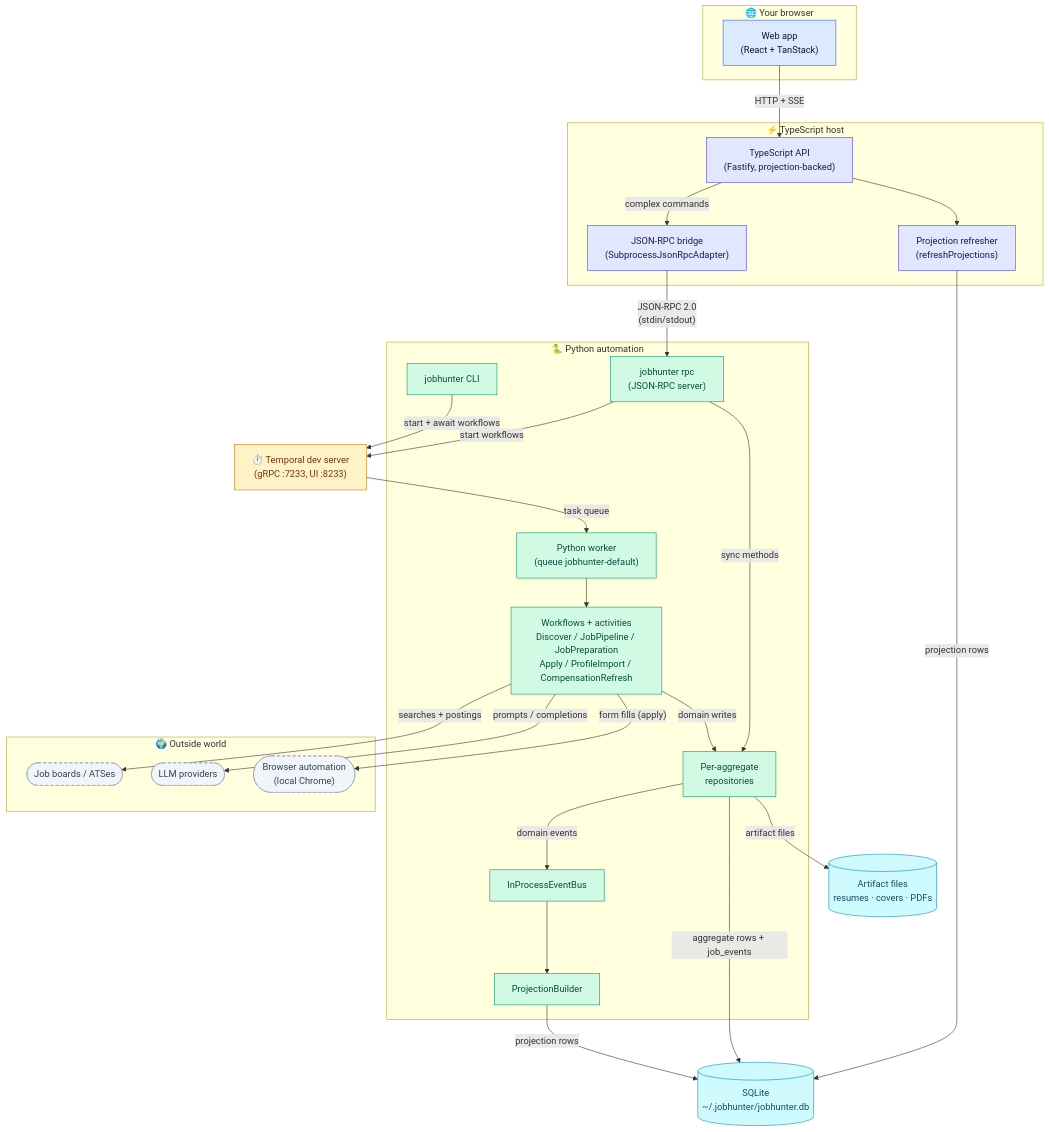
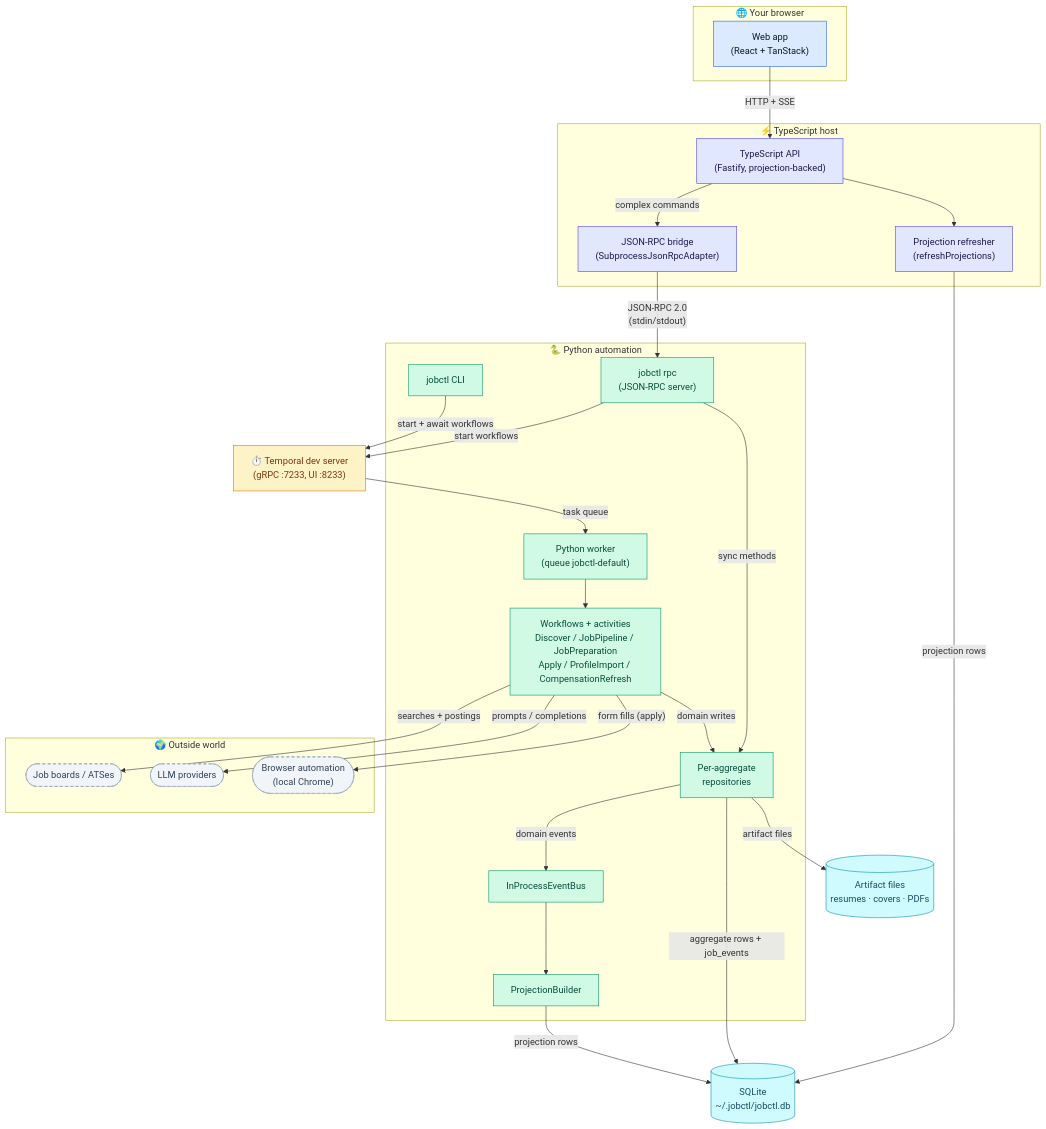
The diagram in docs/architecture/index.md (ebarti/JobCtrl), drawn with Mermaid before and after one commit. The commit also changed other lines of this file and 1281 other files, not shown here.

````diff
--- a/docs/architecture/index.md
+++ b/docs/architecture/index.md
@@ -13,61 +13,61 @@
 ```mermaid
 flowchart TD
   subgraph Client["🌐 Your browser"]
     Web["Web app<br/>(React + TanStack)"]
   end
   subgraph TS["⚡ TypeScript host"]
     Api["TypeScript API<br/>(Fastify, projection-backed)"]
     Projections["Projection refresher<br/>(refreshProjections)"]
     JsonRpc["JSON-RPC bridge<br/>(SubprocessJsonRpcAdapter)"]
   end
   subgraph Py["🐍 Python automation"]
-    RpcSrv["jobhunter rpc<br/>(JSON-RPC server)"]
-    Cli["jobhunter CLI"]
-    Worker["Python worker<br/>(queue jobhunter-default)"]
+    RpcSrv["jobctl rpc<br/>(JSON-RPC server)"]
+    Cli["jobctl CLI"]
+    Worker["Python worker<br/>(queue jobctl-default)"]
     Workflows["Workflows + activities<br/>Discover / JobPipeline / JobPreparation<br/>Apply / ProfileImport / CompensationRefresh"]
     Bus["InProcessEventBus"]
     Repos["Per-aggregate<br/>repositories"]
     Builder["ProjectionBuilder"]
   end
   Temporal["⏱️ Temporal dev server<br/>(gRPC :7233, UI :8233)"]
-  Db[("SQLite<br/>~/.jobhunter/jobhunter.db")]
+  Db[("SQLite<br/>~/.jobctl/jobctl.db")]
   Files[("Artifact files<br/>resumes · covers · PDFs")]
   subgraph Ext["🌍 Outside world"]
     Boards(["Job boards / ATSes"])
     LLM(["LLM providers"])
     Browser(["Browser automation<br/>(local Chrome)"])
   end
 
   Web -- "HTTP + SSE" --> Api
   Api --> Projections
   Api -- "complex commands" --> JsonRpc
   Projections -- "projection rows" --> Db
   JsonRpc -- "JSON-RPC 2.0<br/>(stdin/stdout)" --> RpcSrv
   RpcSrv -- "start workflows" --> Temporal
   RpcSrv -- "sync methods" --> Repos
   Cli -- "start + await workflows" --> Temporal
   Temporal -- "task queue" --> Worker
   Worker --> Workflows
   Workflows -- "domain writes" --> Repos
   Repos -- "aggregate rows + job_events" --> Db
   Repos -- "domain events" --> Bus
   Bus --> Builder
   Builder -- "projection rows" --> Db
   Repos -- "artifact files" --> Files
   Workflows -- "searches + postings" --> Boards
   Workflows -- "prompts / completions" --> LLM
   Workflows -- "form fills (apply)" --> Browser
 
   classDef ui fill:#dbeafe,stroke:#2563eb,color:#0f172a
   classDef ts fill:#e0e7ff,stroke:#4f46e5,color:#1e1b4b
   classDef py fill:#d1fae5,stroke:#059669,color:#064e3b
   classDef infra fill:#fef3c7,stroke:#d97706,color:#78350f
   classDef store fill:#cffafe,stroke:#0891b2,color:#164e63
   classDef ext fill:#f1f5f9,stroke:#94a3b8,color:#334155,stroke-dasharray:5 4
   class Web ui
   class Api,Projections,JsonRpc ts
   class RpcSrv,Cli,Worker,Workflows,Bus,Repos,Builder py
   class Temporal infra
   class Db,Files store
   class Boards,LLM,Browser ext
 ```
````
